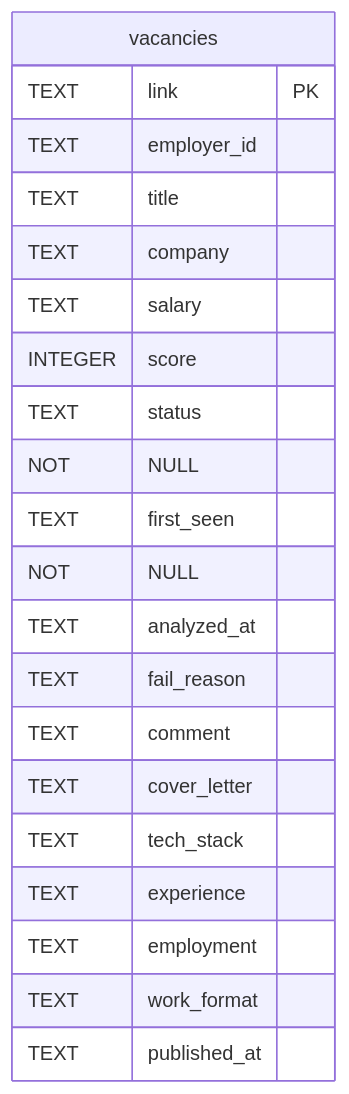
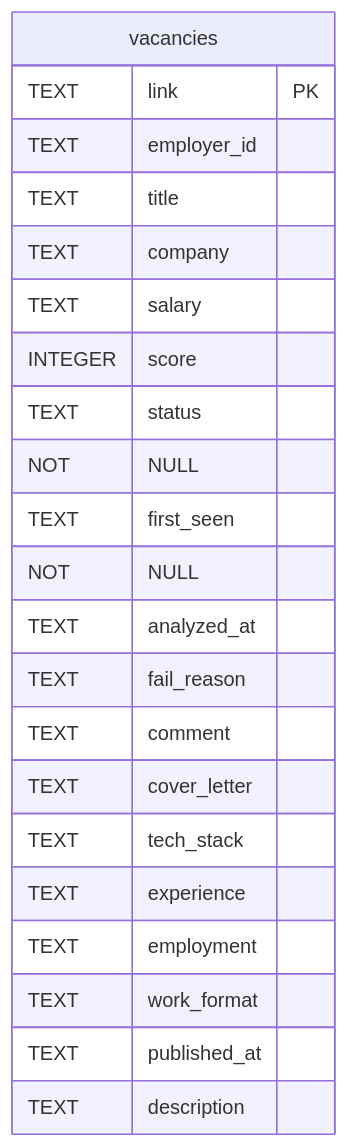
One commit to H09an/AiRecruiter changed the second of 2 diagrams in docs/architecture.md. Above: the diagram before and after it, drawn with Mermaid. The commit also changed other lines of this file and 21 other files, not shown here.

````diff
--- a/docs/architecture.md
+++ b/docs/architecture.md
@@ -134,22 +148,23 @@
 ```mermaid
 erDiagram
     vacancies {
         TEXT link PK
         TEXT employer_id
         TEXT title
         TEXT company
         TEXT salary
         INTEGER score
         TEXT status NOT NULL
         TEXT first_seen NOT NULL
         TEXT analyzed_at
         TEXT fail_reason
         TEXT comment
         TEXT cover_letter
         TEXT tech_stack
         TEXT experience
         TEXT employment
         TEXT work_format
         TEXT published_at
+        TEXT description
     }
 ```
````
